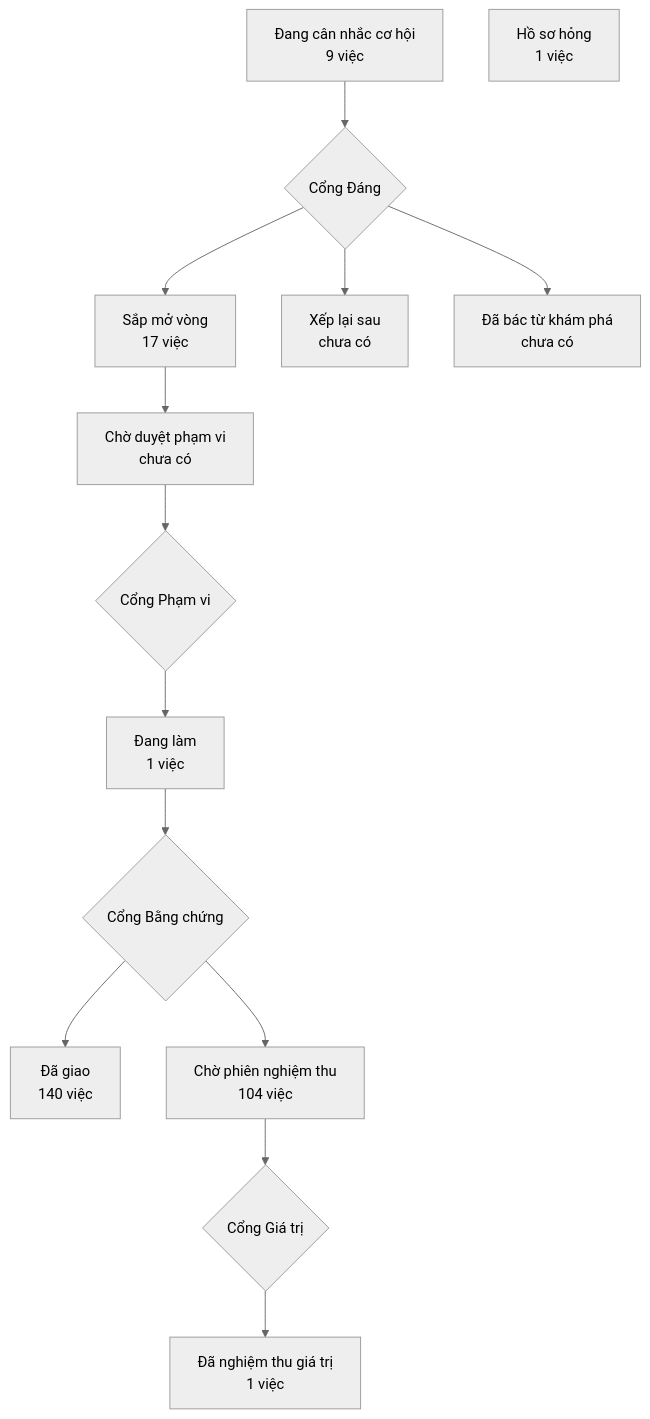
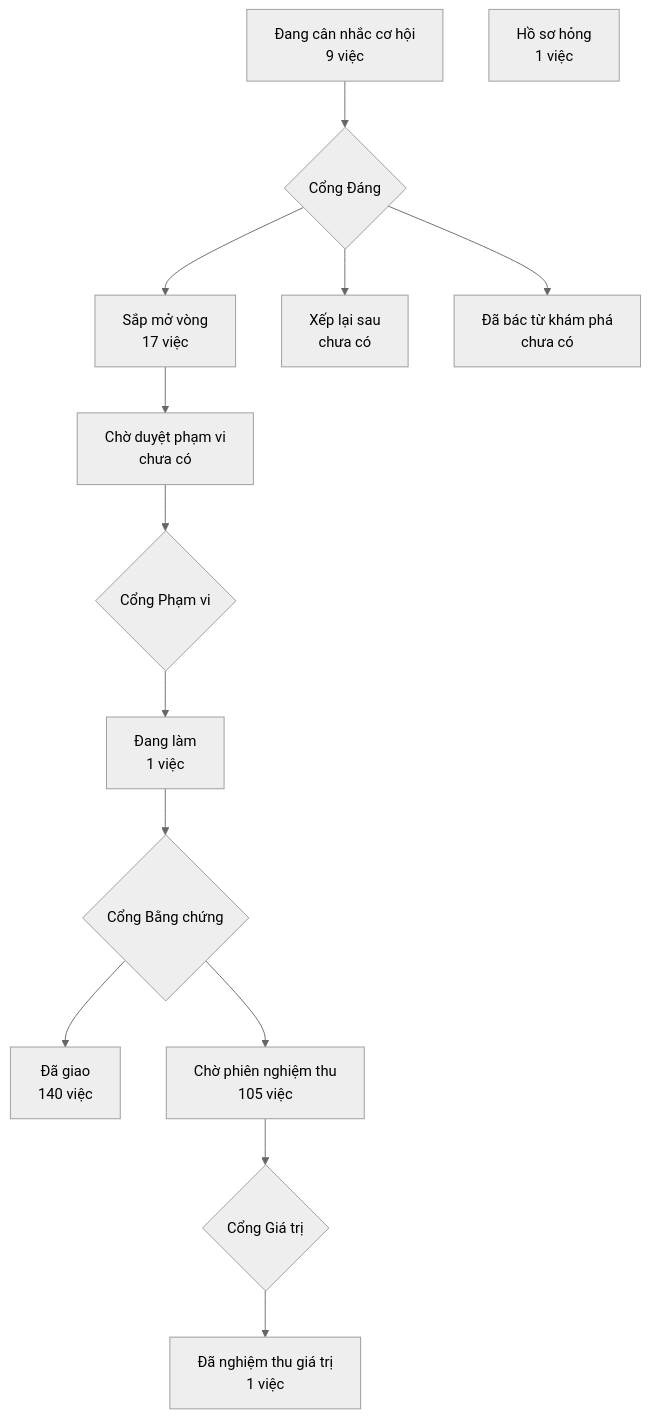
The diagram in PRODUCT-MAP.md (phanlemanh/crm-onehub), drawn with Mermaid (neutral theme) before and after one commit. The commit also changed 1 other file, not shown here.

Commit message:
chore: vẽ lại trang lộ trình từ bản sạch sau gộp onehub aac0975b5

````diff
--- a/PRODUCT-MAP.md
+++ b/PRODUCT-MAP.md
@@ -7,13 +7,13 @@
 ```mermaid
 flowchart TD
   A["Đang cân nhắc cơ hội<br/>9 việc"] --> GD{"Cổng Đáng"}
   GD --> B["Sắp mở vòng<br/>17 việc"]
   GD --> XL["Xếp lại sau<br/>chưa có"]
   GD --> DB["Đã bác từ khám phá<br/>chưa có"]
   B --> CD["Chờ duyệt phạm vi<br/>chưa có"] --> GP{"Cổng Phạm vi"}
   GP --> DL["Đang làm<br/>1 việc"] --> GB{"Cổng Bằng chứng"}
   GB --> DG["Đã giao<br/>140 việc"]
-  GB --> CN["Chờ phiên nghiệm thu<br/>104 việc"] --> GG{"Cổng Giá trị"}
+  GB --> CN["Chờ phiên nghiệm thu<br/>105 việc"] --> GG{"Cổng Giá trị"}
   GG --> NT["Đã nghiệm thu giá trị<br/>1 việc"]
   HS["Hồ sơ hỏng<br/>1 việc"]
 ```
````
